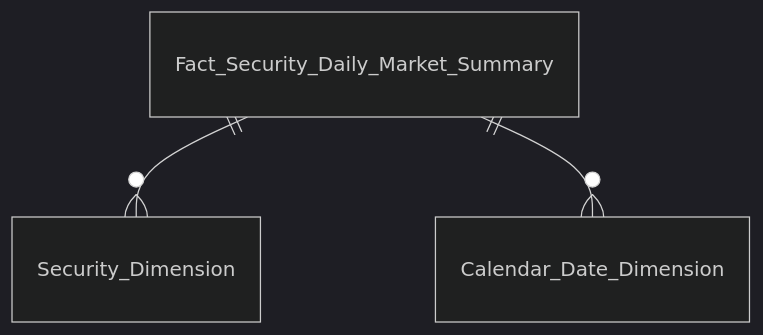
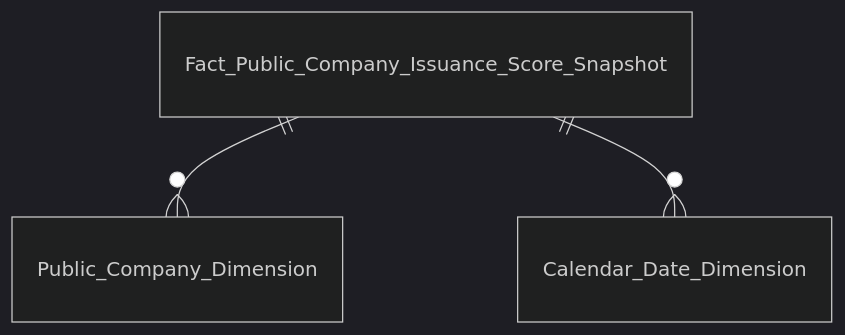
Diagram 11 of 16 in Datamart/hld/DTM_GSDC_Entities.md (linhlvit/ubck_atomic_design), drawn with Mermaid (dark theme) before and after one commit. The commit also changed other lines of this file and 24 other files, not shown here.

````diff
--- a/Datamart/hld/DTM_GSDC_Entities.md
+++ b/Datamart/hld/DTM_GSDC_Entities.md
@@ -248,5 +179,5 @@
 ```mermaid
 erDiagram
-    Fact_Security_Daily_Market_Summary ||--o{ Security_Dimension : ""
-    Fact_Security_Daily_Market_Summary ||--o{ Calendar_Date_Dimension : ""
+    Fact_Public_Company_Issuance_Score_Snapshot ||--o{ Public_Company_Dimension : ""
+    Fact_Public_Company_Issuance_Score_Snapshot ||--o{ Calendar_Date_Dimension : ""
 ```
````
